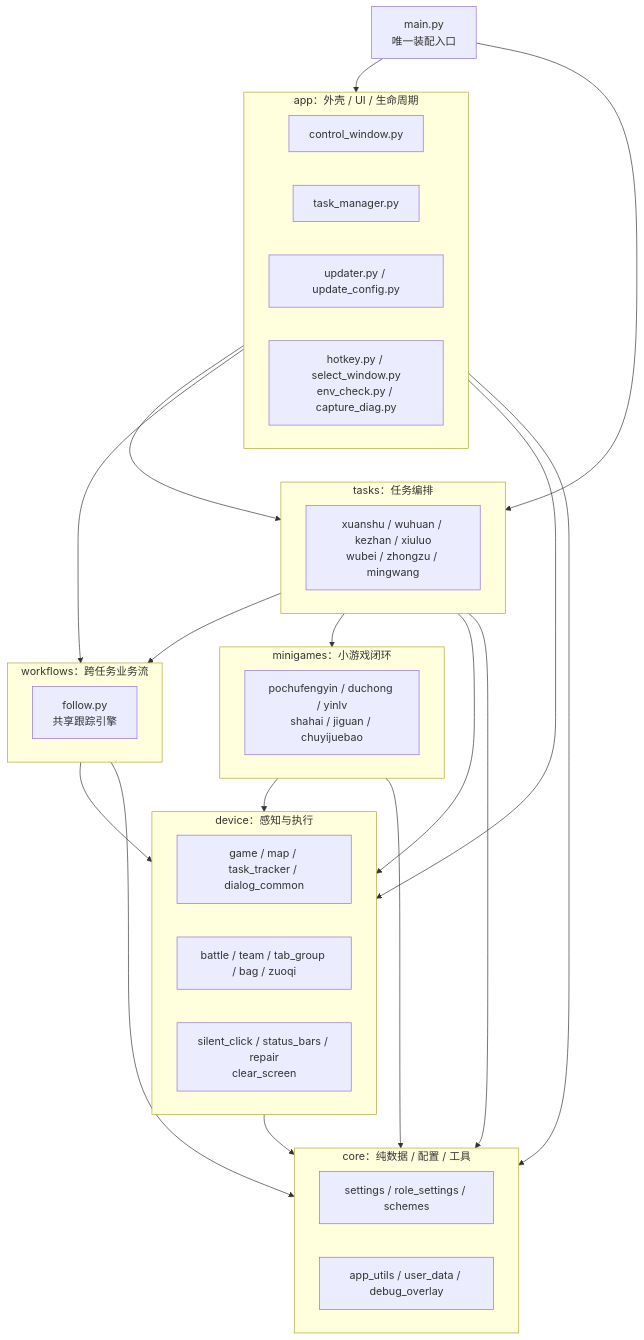
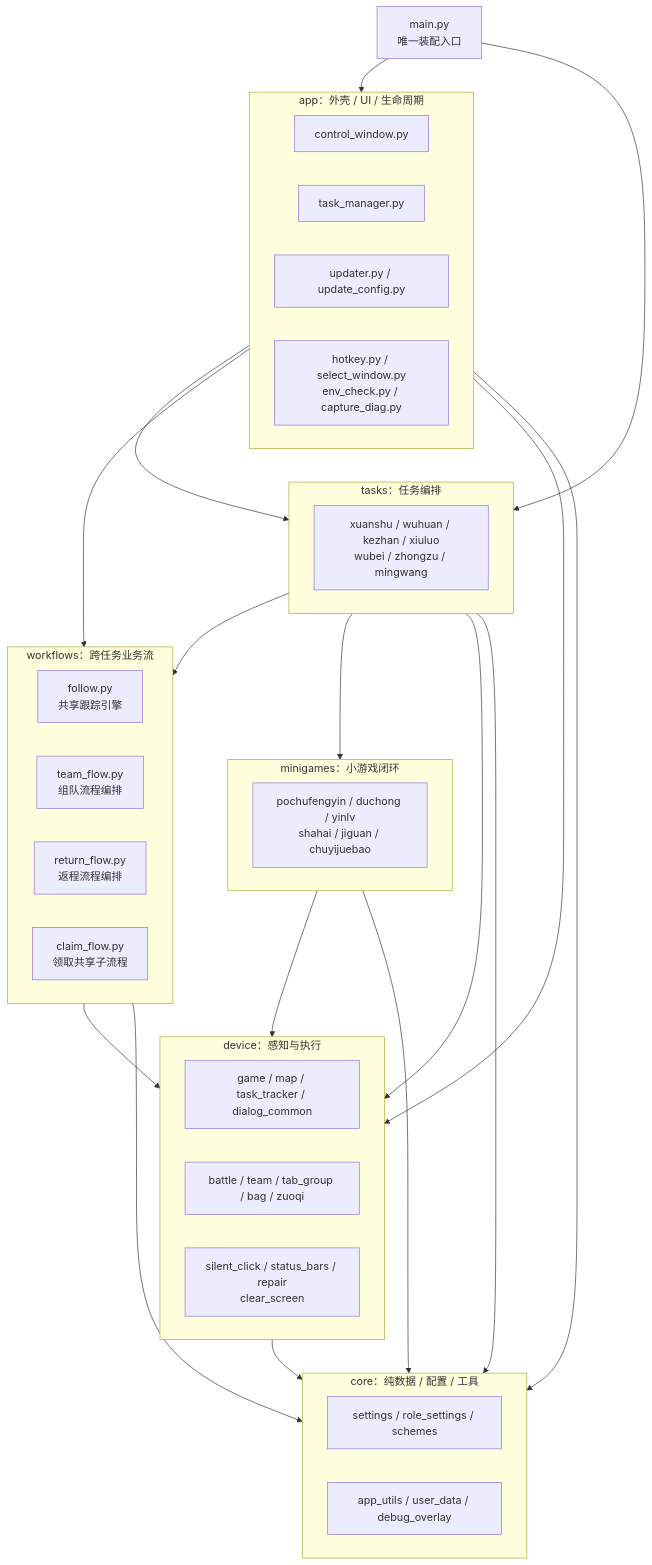
Before and after one commit to OPC-UNI/dhxy_ascript: the second of 16 diagrams in docs/architecture.md, drawn with Mermaid. The commit also changed other lines of this file and 16 other files, not shown here.

````diff
--- a/docs/architecture.md
+++ b/docs/architecture.md
@@ -123,50 +123,53 @@
 ```mermaid
 flowchart TB
     MAIN["main.py<br/>唯一装配入口"]
 
     subgraph APP["app：外壳 / UI / 生命周期"]
         UI["control_window.py"]
         TM["task_manager.py"]
         UPD["updater.py / update_config.py"]
         MISC["hotkey.py / select_window.py<br/>env_check.py / capture_diag.py"]
     end
 
     subgraph TASKS["tasks：任务编排"]
         T1["xuanshu / wuhuan / kezhan / xiuluo<br/>wubei / zhongzu / mingwang"]
     end
 
     subgraph WORKFLOWS["workflows：跨任务业务流"]
         FOLLOW["follow.py<br/>共享跟踪引擎"]
+        TEAMFLOW["team_flow.py<br/>组队流程编排"]
+        RETFLOW["return_flow.py<br/>返程流程编排"]
+        CLAIMFLOW["claim_flow.py<br/>领取共享子流程"]
     end
 
     subgraph MINIGAMES["minigames：小游戏闭环"]
         MG["pochufengyin / duchong / yinlv<br/>shahai / jiguan / chuyijuebao"]
     end
 
     subgraph DEVICE["device：感知与执行"]
         D1["game / map / task_tracker / dialog_common"]
         D2["battle / team / tab_group / bag / zuoqi"]
         D3["silent_click / status_bars / repair<br/>clear_screen"]
     end
 
     subgraph CORE["core：纯数据 / 配置 / 工具"]
         C1["settings / role_settings / schemes"]
         C2["app_utils / user_data / debug_overlay"]
     end
 
     MAIN --> APP
     MAIN --> TASKS
     APP --> TASKS
     APP --> WORKFLOWS
     APP --> DEVICE
     APP --> CORE
     TASKS --> WORKFLOWS
     TASKS --> MINIGAMES
     TASKS --> DEVICE
     TASKS --> CORE
     WORKFLOWS --> DEVICE
     WORKFLOWS --> CORE
     MINIGAMES --> DEVICE
     MINIGAMES --> CORE
     DEVICE --> CORE
 ```
````
